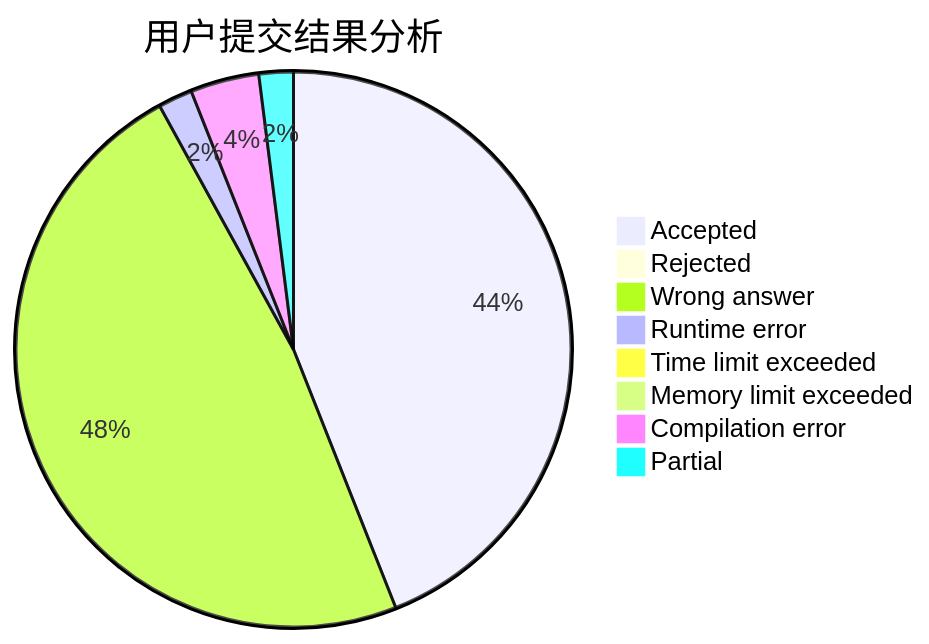
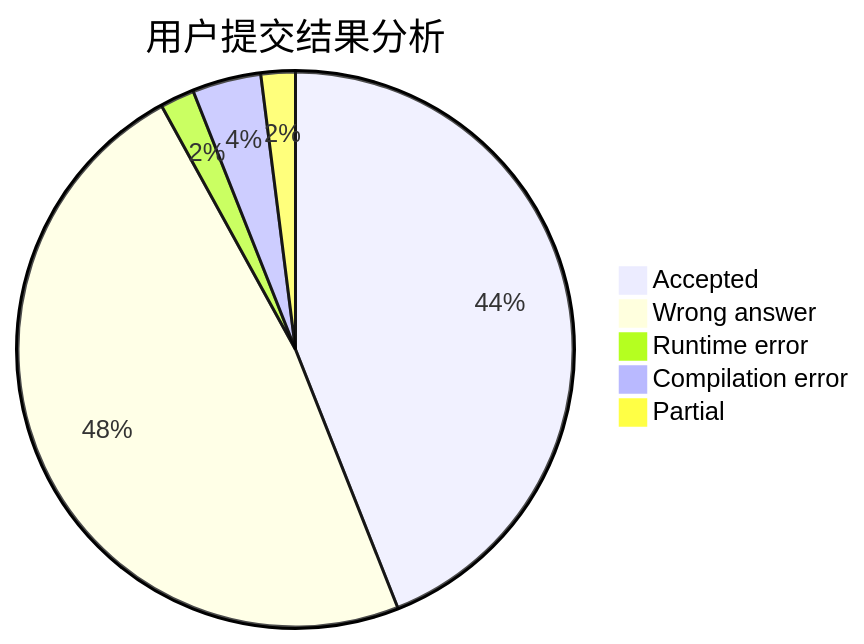
The first of 3 diagrams in docs/user/u1133.md (sherpahu/cfrs.github.io), drawn with Mermaid before and after one commit. The commit also changed 2770 other files, not shown here.

````diff
--- a/docs/user/u1133.md
+++ b/docs/user/u1133.md
@@ -5,11 +5,8 @@
 ```mermaid
 pie title 用户提交结果分析
     "Accepted" :  22
-    "Rejected" :  0
     "Wrong answer" :  24
     "Runtime error" :  1
-    "Time limit exceeded" :  0
-    "Memory limit exceeded" :  0
     "Compilation error" :  2
     "Partial" :  1
 ```
````
